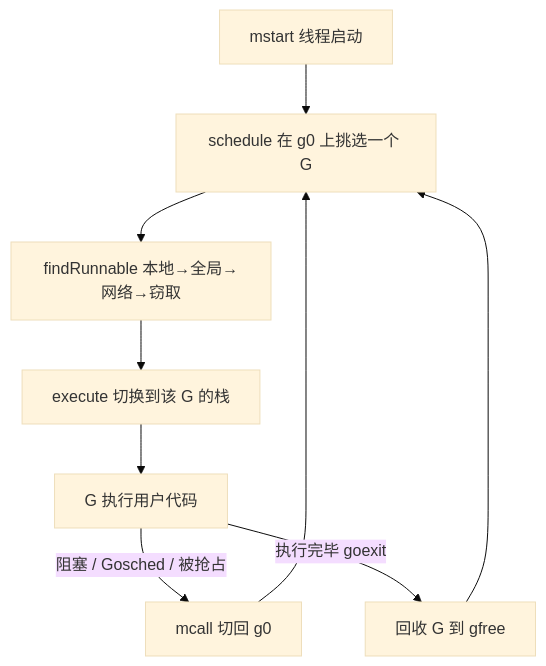
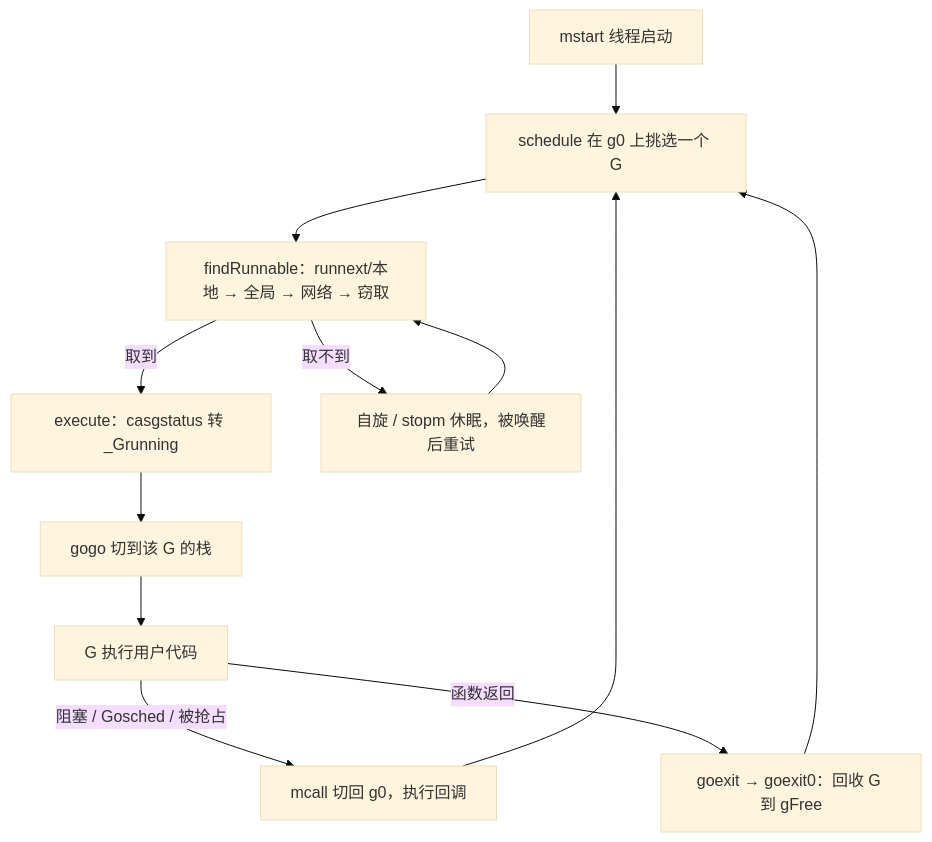
Before and after one commit to golang-design/under-the-hood: the first of 4 diagrams in book/zh-cn/part3concurrency/ch09sched/schedule.md, drawn with Mermaid (base theme). The commit also changed other lines of this file and 6 other files, not shown here.

````diff
--- a/book/zh-cn/part3concurrency/ch09sched/schedule.md
+++ b/book/zh-cn/part3concurrency/ch09sched/schedule.md
@@ -29,11 +38,14 @@
 ```mermaid
 flowchart TD
-    MS[mstart 线程启动] --> SC[schedule 在 g0 上挑选一个 G]
-    SC --> FR[findRunnable 本地→全局→网络→窃取]
-    FR --> EX[execute 切换到该 G 的栈]
-    EX --> RUN[G 执行用户代码]
-    RUN -->|阻塞 / Gosched / 被抢占| MC[mcall 切回 g0]
+    MS[mstart 线程启动] --> SC["schedule 在 g0 上挑选一个 G"]
+    SC --> FR["findRunnable：runnext/本地 → 全局 → 网络 → 窃取"]
+    FR -->|取到| EX["execute：casgstatus 转 _Grunning"]
+    FR -->|取不到| PARK["自旋 / stopm 休眠，被唤醒后重试"]
+    PARK --> FR
+    EX --> GOGO["gogo 切到该 G 的栈"]
+    GOGO --> RUN["G 执行用户代码"]
+    RUN -->|阻塞 / Gosched / 被抢占| MC["mcall 切回 g0，执行回调"]
     MC --> SC
-    RUN -->|执行完毕 goexit| GE[回收 G 到 gfree]
+    RUN -->|函数返回| GE["goexit → goexit0：回收 G 到 gFree"]
     GE --> SC
 ```
````
